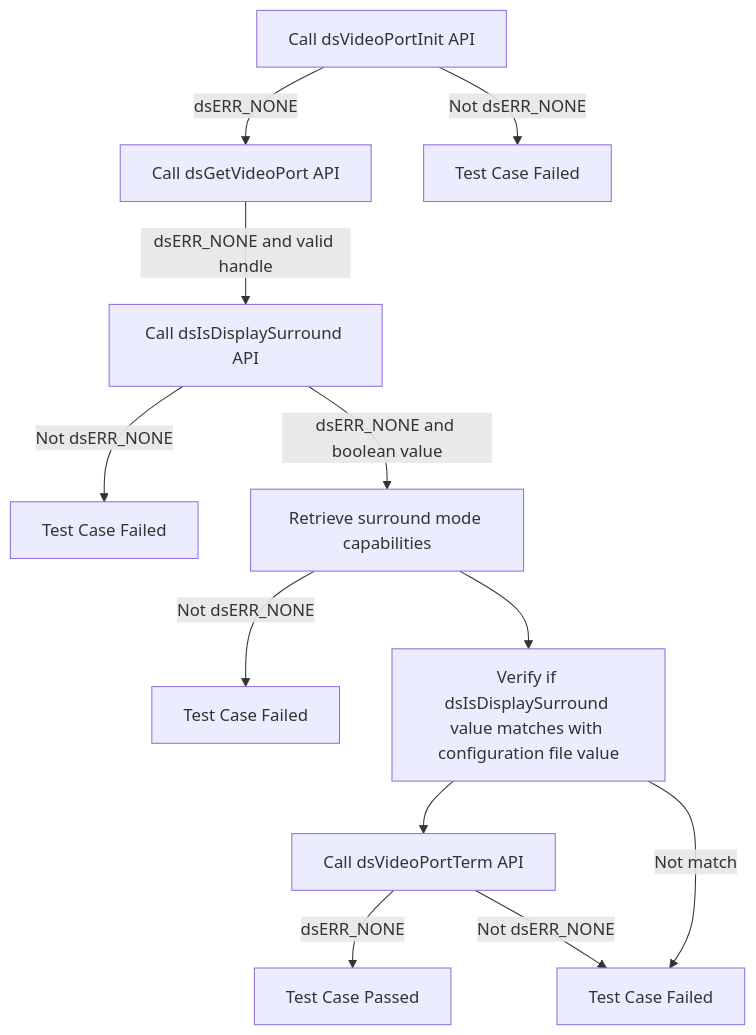
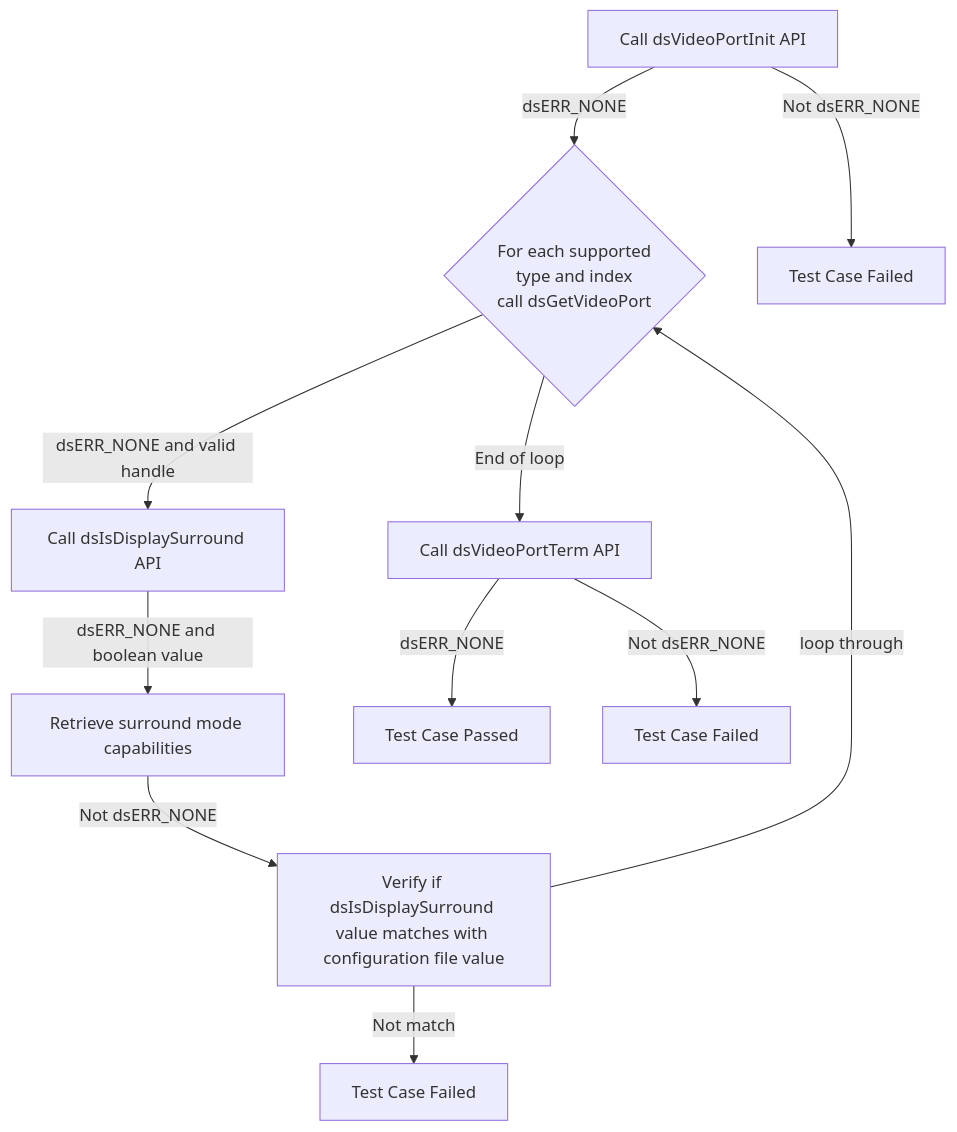
The third of 15 diagrams in docs/pages/ds-video-port_L2_Low-Level_TestSpecification.md (rdkcentral/rdk-halif-test-device_settings), drawn with Mermaid before and after one commit. The commit also changed other lines of this file and 13 other files, not shown here.

Commit message:
gh #14 Update test case and configuration

````diff
--- a/docs/pages/ds-video-port_L2_Low-Level_TestSpecification.md
+++ b/docs/pages/ds-video-port_L2_Low-Level_TestSpecification.md
@@ -156,15 +155,14 @@
 ```mermaid
 graph TB
     Step1[Call dsVideoPortInit API]
-    Step1 -->|dsERR_NONE|Step2[Call dsGetVideoPort API]
+    Step1 -->|dsERR_NONE|Step2{For each supported <br> type and index <br> call dsGetVideoPort}
     Step1 -->|Not dsERR_NONE|Fail1[Test Case Failed]
     Step2 -->|dsERR_NONE and valid handle|Step3[Call dsIsDisplaySurround API]
-    Step3 -->|Not dsERR_NONE|Fail4[Test Case Failed]
     Step3 -->|dsERR_NONE and boolean value|Step4[Retrieve surround mode capabilities]
-    Step4 -->|Not dsERR_NONE|Fail3[Test Case Failed]
-    Step4 --> Step5[Verify if dsIsDisplaySurround value matches with configuration file value]
-    Step5 --> Step6[Call dsVideoPortTerm API]
-    Step5 -->|Not match|Fail5[Test Case Failed]
+    Step4 -->|Not dsERR_NONE|Step5[Verify if dsIsDisplaySurround value matches with configuration file value]
+    Step5 -->|loop through |Step2
+    Step2 -->|End of loop|Step6[Call dsVideoPortTerm API]
+    Step5 -->|Not match|Fail6[Test Case Failed]
     Step6 -->|dsERR_NONE|End[Test Case Passed]
     Step6 -->|Not dsERR_NONE|Fail5[Test Case Failed]
 ```
````
